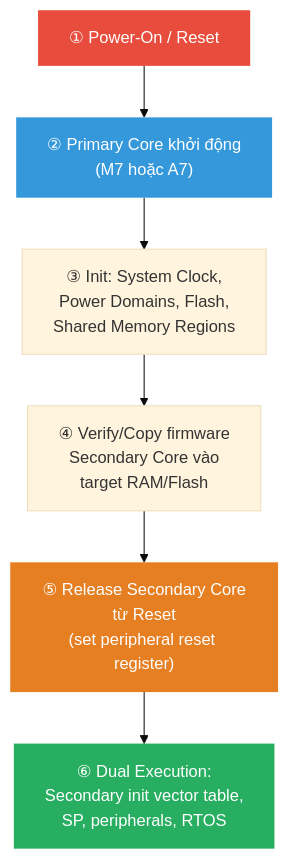
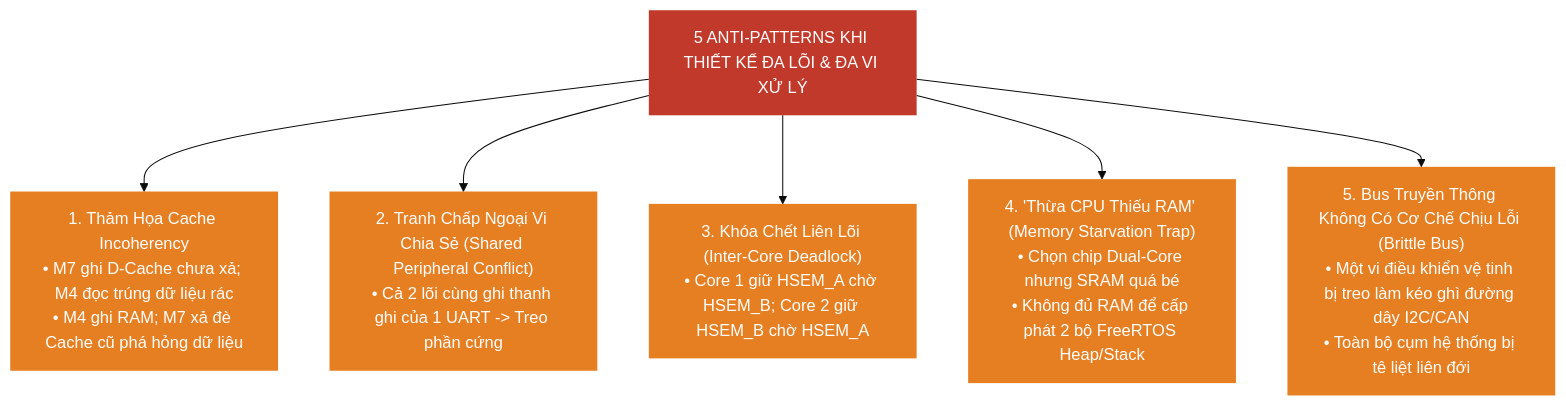
The tenth of 10 diagrams in 14_Multi_Core_Systems.md (MinnT15/RTOS), drawn with Mermaid (base theme) before and after one commit. The commit also changed other lines of this file and 1 other file, not shown here.

Commit message:
docs: upgrade Chapter 14 Multi-Core and Multi-Processor Systems to 100% textbook depth (Amos Ch16, STM32H7/MP1, OpenAMP, HSEM & Cache Coherency)

````diff
--- a/14_Multi_Core_Systems.md
+++ b/14_Multi_Core_Systems.md
@@ -354,13 +885,17 @@
 ```mermaid
-flowchart TD
-    RESET["① Power-On / Reset"] --> PRIMARY["② Primary Core khởi động<br/>(M7 hoặc A7)"]
-    PRIMARY --> INIT["③ Init: System Clock,<br/>Power Domains, Flash,<br/>Shared Memory Regions"]
-    INIT --> VERIFY["④ Verify/Copy firmware<br/>Secondary Core vào<br/>target RAM/Flash"]
-    VERIFY --> RELEASE["⑤ Release Secondary Core<br/>từ Reset<br/>(set peripheral reset register)"]
-    RELEASE --> DUAL["⑥ Dual Execution:<br/>Secondary init vector table,<br/>SP, peripherals, RTOS"]
+graph TD
+    AP["5 ANTI-PATTERNS KHI THIẾT KẾ ĐA LÕI & ĐA VI XỬ LÝ"]
+    
+    AP --> AP1["1. Thảm Họa Cache Incoherency<br/>• M7 ghi D-Cache chưa xả; M4 đọc trúng dữ liệu rác<br/>• M4 ghi RAM; M7 xả đè Cache cũ phá hỏng dữ liệu"]
+    AP --> AP2["2. Tranh Chấp Ngoại Vi Chia Sẻ (Shared Peripheral Conflict)<br/>• Cả 2 lõi cùng ghi thanh ghi của 1 UART -> Treo phần cứng"]
+    AP --> AP3["3. Khóa Chết Liên Lõi (Inter-Core Deadlock)<br/>• Core 1 giữ HSEM_A chờ HSEM_B; Core 2 giữ HSEM_B chờ HSEM_A"]
+    AP --> AP4["4. 'Thừa CPU Thiếu RAM' (Memory Starvation Trap)<br/>• Chọn chip Dual-Core nhưng SRAM quá bé<br/>• Không đủ RAM để cấp phát 2 bộ FreeRTOS Heap/Stack"]
+    AP --> AP5["5. Bus Truyền Thông Không Có Cơ Chế Chịu Lỗi (Brittle Bus)<br/>• Một vi điều khiển vệ tinh bị treo làm kéo ghì đường dây I2C/CAN<br/>• Toàn bộ cụm hệ thống bị tê liệt liên đới"]
 
-    style RESET fill:#e74c3c,color:#fff,stroke:none
-    style PRIMARY fill:#3498db,color:#fff,stroke:none
-    style RELEASE fill:#e67e22,color:#fff,stroke:none
-    style DUAL fill:#27ae60,color:#fff,stroke:none
+    style AP fill:#c0392b,color:#fff,stroke:none
+    style AP1 fill:#e67e22,color:#fff,stroke:none
+    style AP2 fill:#e67e22,color:#fff,stroke:none
+    style AP3 fill:#e67e22,color:#fff,stroke:none
+    style AP4 fill:#e67e22,color:#fff,stroke:none
+    style AP5 fill:#e67e22,color:#fff,stroke:none
 ```
````
